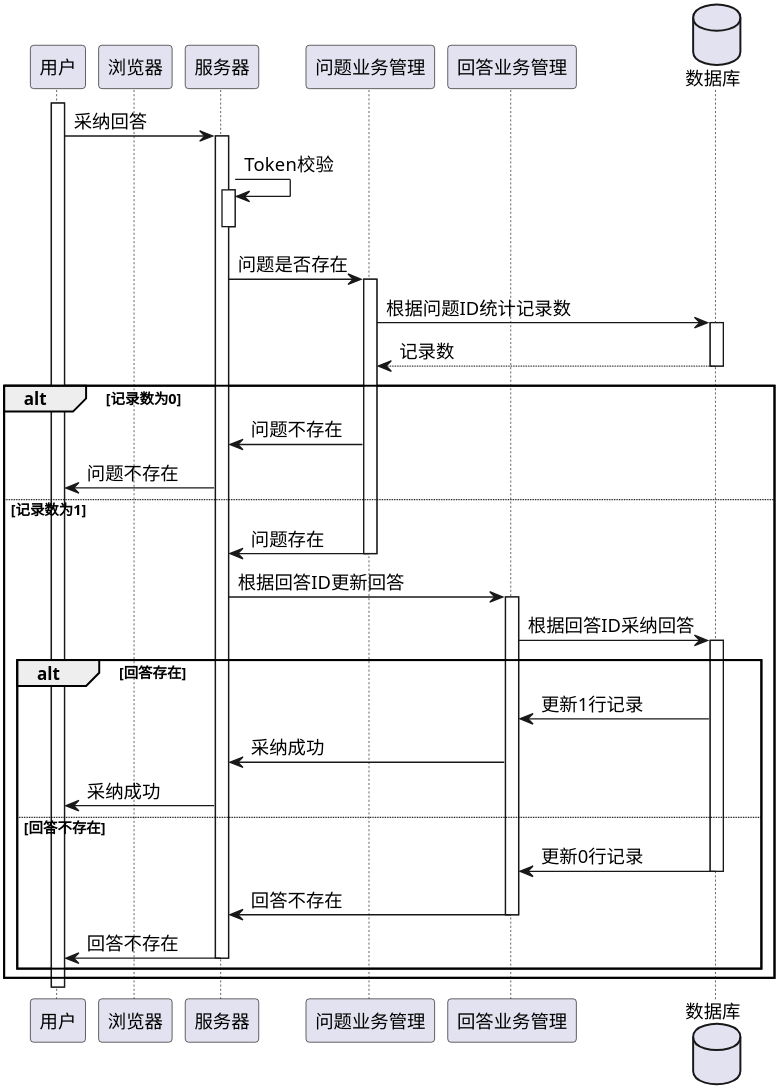
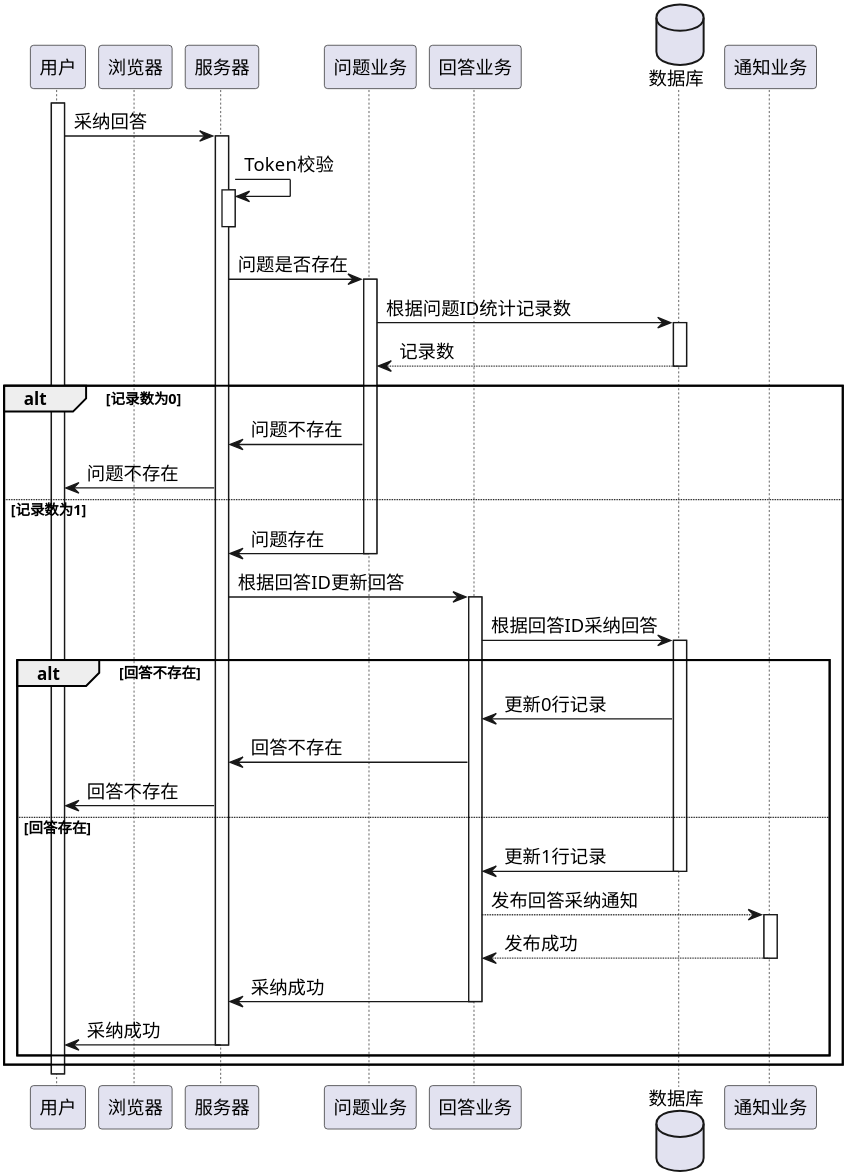
Before and after one commit to Etherealss/AskAnswer: the diagram in uml/时序图/answer/采纳回答.puml, drawn with PlantUML. The commit also changed 9 other files, not shown here.

```diff
--- a/uml/时序图/answer/采纳回答.puml
+++ b/uml/时序图/answer/采纳回答.puml
@@ -1,47 +1,51 @@
 @startuml
 'https://plantuml.com/sequence-diagram
 'https://plantuml.com/sequence-diagram
 skinparam shadowing false
 skinparam defaultFontName xfonts-wqy
 skinparam defaultFontName times
 skinparam dpi 300
 skinparam activity  {
     DiamondFontSize 14
     ArrowFontSize 14
     FontSize 14
 }
 
 participant 用户 as User
 participant 浏览器 as Browser
 participant 服务器 as Server
-participant 问题业务管理 as QuestionService
-participant 回答业务管理 as AnswerService
+participant 问题业务 as QuestionService
+participant 回答业务 as AnswerService
 database 数据库 as DB
+participant 通知业务 as NotificationService
 
 activate User
 User -> Server ++: 采纳回答
 Server -> Server ++--: Token校验
 Server -> QuestionService ++: 问题是否存在
 QuestionService -> DB ++: 根据问题ID统计记录数
 return 记录数
 alt 记录数为0
     Server <- QuestionService : 问题不存在
     User <- Server : 问题不存在
 else 记录数为1
     Server <- QuestionService --: 问题存在
     Server -> AnswerService ++: 根据回答ID更新回答
     AnswerService -> DB ++: 根据回答ID采纳回答
-    alt 回答存在
-        AnswerService <- DB: 更新1行记录
-        Server <- AnswerService: 采纳成功
-        User <- Server: 采纳成功
-    else 回答不存在
-        AnswerService <- DB--: 更新0行记录
-        Server <- AnswerService--: 回答不存在
-        User <- Server--: 回答不存在
+    alt 回答不存在
+        AnswerService <- DB: 更新0行记录
+        Server <- AnswerService: 回答不存在
+        User <- Server: 回答不存在
+    else 回答存在
+        AnswerService <- DB --: 更新1行记录
+        AnswerService --> NotificationService ++: 发布回答采纳通知
+        return 发布成功
+        Server <- AnswerService --: 采纳成功
+        User <- Server --: 采纳成功
+
     end
 end
 
 deactivate User
 
 @enduml
```
